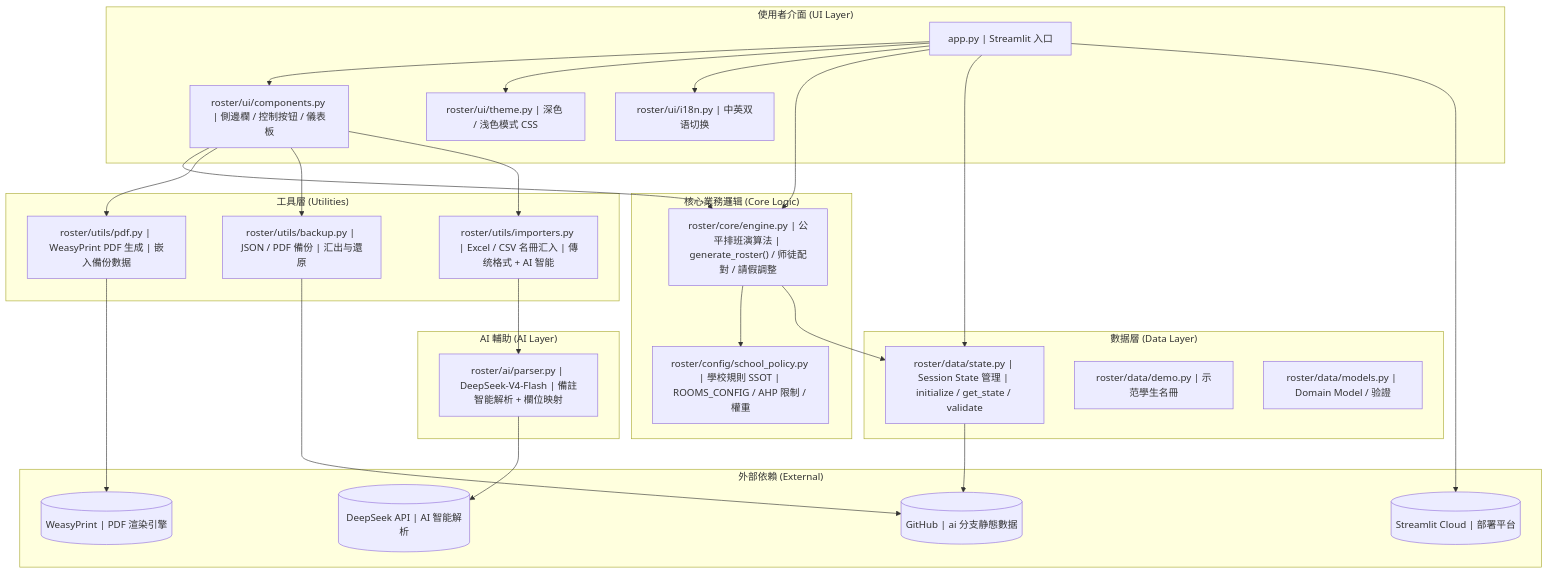
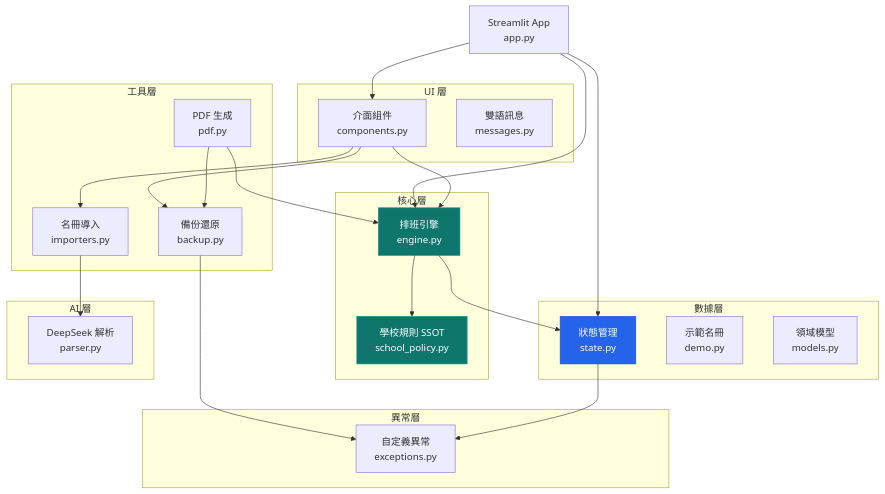
One commit to JackyLi10777/Study-Prefect-Duty-Roster-System changed the first of 3 diagrams in README.md. Above: the diagram before and after it, drawn with Mermaid. The commit also changed other lines of this file and 1 other file, not shown here.

First line of the commit message:
docs: restructure README and in-app manual with two-tier architecture

````diff
--- a/README.md
+++ b/README.md
@@ -129,55 +102,52 @@
 ```mermaid
-graph TB
-    subgraph "使用者介面 (UI Layer)"
-        A["app.py | Streamlit 入口"]
-        B["roster/ui/components.py | 側邊欄 / 控制按钮 / 儀表板"]
-        C["roster/ui/theme.py | 深色 / 浅色模式 CSS"]
-        D["roster/ui/i18n.py | 中英双语切换"]
+flowchart TD
+    APP["Streamlit App<br/>app.py"]
+
+    subgraph core["核心層"]
+        ENGINE["排班引擎<br/>engine.py"]
+        POLICY["學校規則 SSOT<br/>school_policy.py"]
     end
 
-    subgraph "核心業務邏辑 (Core Logic)"
-        E["roster/core/engine.py | 公平排班演算法 | generate_roster() / 师徒配對 / 請假調整"]
-        F["roster/config/school_policy.py | 學校規則 SSOT | ROOMS_CONFIG / AHP 限制 / 權重"]
+    subgraph data["數據層"]
+        STATE["狀態管理<br/>state.py"]
+        DEMO["示範名冊<br/>demo.py"]
+        MODELS["領域模型<br/>models.py"]
     end
 
-    subgraph "數据層 (Data Layer)"
-        G["roster/data/state.py | Session State 管理 | initialize / get_state / validate"]
-        H["roster/data/demo.py | 示范學生名冊"]
-        I["roster/data/models.py | Domain Model / 验證"]
+    subgraph ui["UI 層"]
+        COMPONENTS["介面組件<br/>components.py"]
+        MESSAGES["雙語訊息<br/>messages.py"]
     end
 
-    subgraph "工具層 (Utilities)"
-        J["roster/utils/pdf.py | WeasyPrint PDF 生成 | 嵌入備份數据"]
-        K["roster/utils/backup.py | JSON / PDF 備份 | 汇出与還原"]
-        L["roster/utils/importers.py | Excel / CSV 名冊汇入 | 傳统格式 + AI 智能"]
+    subgraph utils["工具層"]
+        PDF["PDF 生成<br/>pdf.py"]
+        BACKUP["備份還原<br/>backup.py"]
+        IMPORTERS["名冊導入<br/>importers.py"]
     end
 
-    subgraph "AI 輔助 (AI Layer)"
-        M["roster/ai/parser.py | DeepSeek-V4-Flash | 備註智能解析 + 欄位映射"]
+    subgraph ai["AI 層"]
+        AI_PARSER["DeepSeek 解析<br/>parser.py"]
     end
 
-    subgraph "外部依賴 (External)"
-        N[("DeepSeek API | AI 智能解析")]
-        O[("WeasyPrint | PDF 渲染引擎")]
-        P[("GitHub | ai 分支静態數据")]
-        Q[("Streamlit Cloud | 部署平台")]
+    subgraph errors["異常層"]
+        EXCEPTIONS["自定義異常<br/>exceptions.py"]
     end
 
-    A --> B
-    A --> C
-    A --> D
-    A --> E
-    A --> G
-    E --> F
-    E --> G
-    B --> E
-    B --> J
-    B --> K
-    B --> L
-    L --> M
-    M --> N
-    J --> O
-    G --> P
-    K --> P
-    A --> Q
+    APP --> ENGINE
+    APP --> STATE
+    APP --> COMPONENTS
+    COMPONENTS --> ENGINE
+    COMPONENTS --> BACKUP
+    COMPONENTS --> IMPORTERS
+    IMPORTERS --> AI_PARSER
+    ENGINE --> POLICY
+    ENGINE --> STATE
+    PDF --> BACKUP
+    PDF --> ENGINE
+    BACKUP --> EXCEPTIONS
+    STATE --> EXCEPTIONS
+
+    style POLICY fill:#0F766E,stroke:#0D9488,color:#fff
+    style ENGINE fill:#0F766E,stroke:#0D9488,color:#fff
+    style STATE fill:#2563EB,stroke:#1D4ED8,color:#fff
 ```
````
